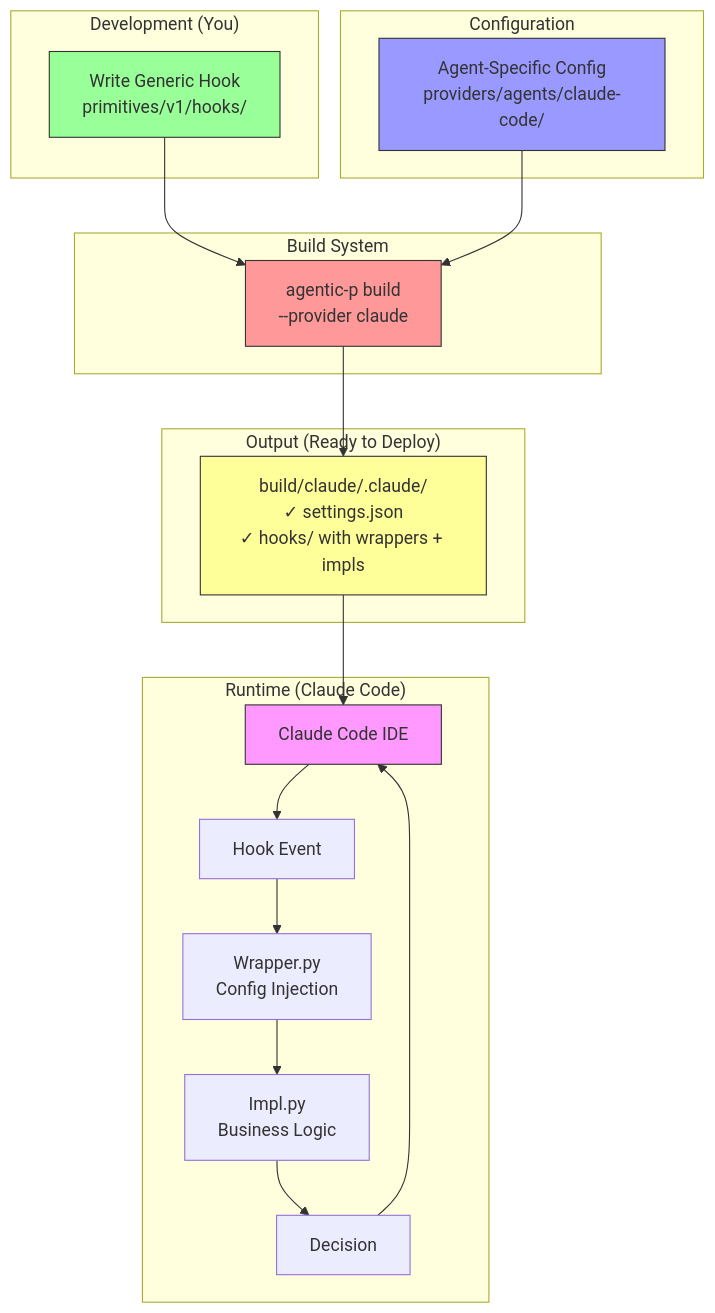
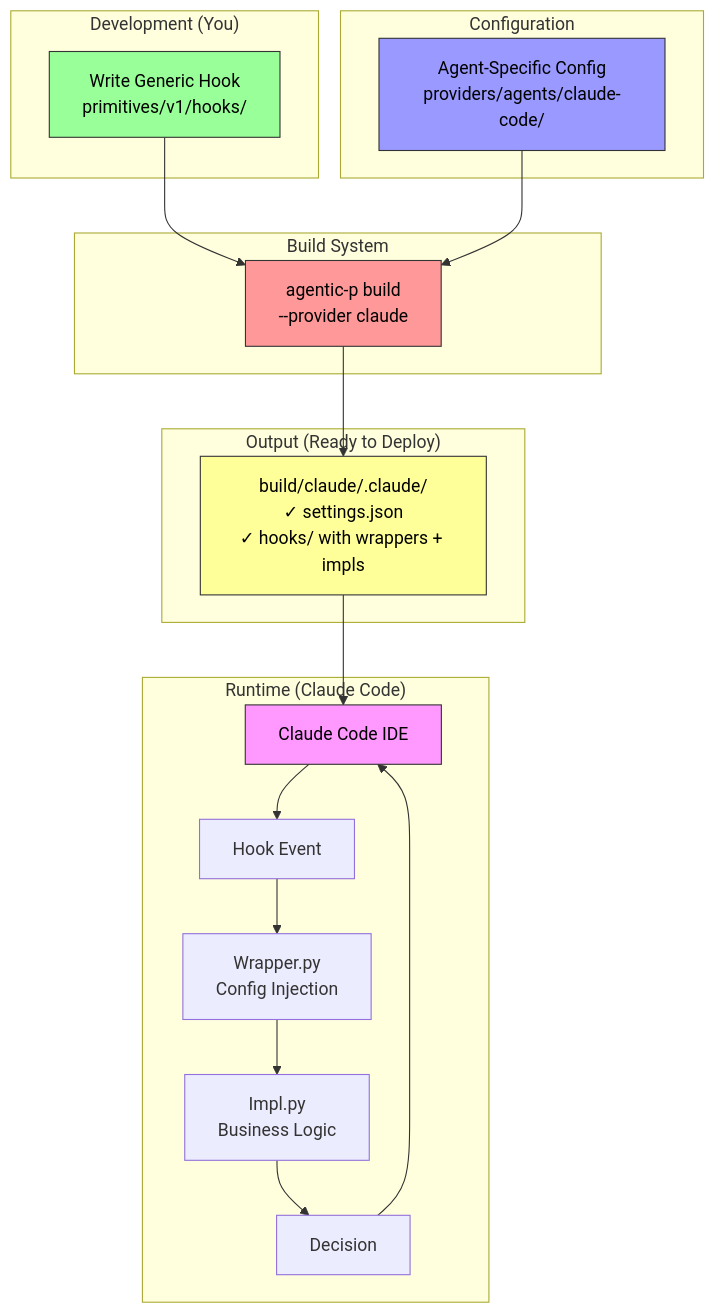
Before and after one commit to AgentParadise/agentic-primitives: the first of 12 diagrams in docs/architecture/hooks-system-overview.md, drawn with Mermaid. The commit also changed other lines of this file and 56 other files, not shown here.

First line of the commit message:
feat(hooks): implement self-logging analytics architecture

````diff
--- a/docs/architecture/hooks-system-overview.md
+++ b/docs/architecture/hooks-system-overview.md
@@ -7,43 +7,43 @@
 ```mermaid
 graph TB
     subgraph "Development (You)"
         Dev[Write Generic Hook<br/>primitives/v1/hooks/]
     end
     
     subgraph "Configuration"
         AgentConfig[Agent-Specific Config<br/>providers/agents/claude-code/]
     end
     
     subgraph "Build System"
         Build[agentic-p build<br/>--provider claude]
     end
     
     subgraph "Output (Ready to Deploy)"
         Output[build/claude/.claude/<br/>✓ settings.json<br/>✓ hooks/ with wrappers + impls]
     end
     
     subgraph "Runtime (Claude Code)"
         Claude[Claude Code IDE]
         Event[Hook Event]
         Wrapper[Wrapper.py<br/>Config Injection]
         Impl[Impl.py<br/>Business Logic]
         Result[Decision]
     end
     
     Dev --> Build
     AgentConfig --> Build
     Build --> Output
     Output --> Claude
     
     Claude --> Event
     Event --> Wrapper
     Wrapper --> Impl
     Impl --> Result
     Result --> Claude
     
-    style Dev fill:#9f9,stroke:#333
-    style AgentConfig fill:#99f,stroke:#333
-    style Build fill:#f99,stroke:#333
-    style Output fill:#ff9,stroke:#333
-    style Claude fill:#f9f,stroke:#333
+    style Dev fill:#9f9,stroke:#333,color:#000
+    style AgentConfig fill:#99f,stroke:#333,color:#000
+    style Build fill:#f99,stroke:#333,color:#000
+    style Output fill:#ff9,stroke:#333,color:#000
+    style Claude fill:#f9f,stroke:#333,color:#000
 ```
````
